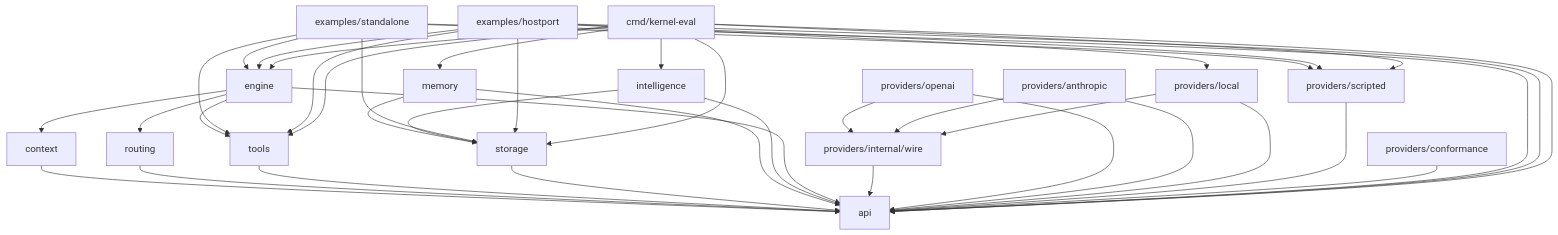
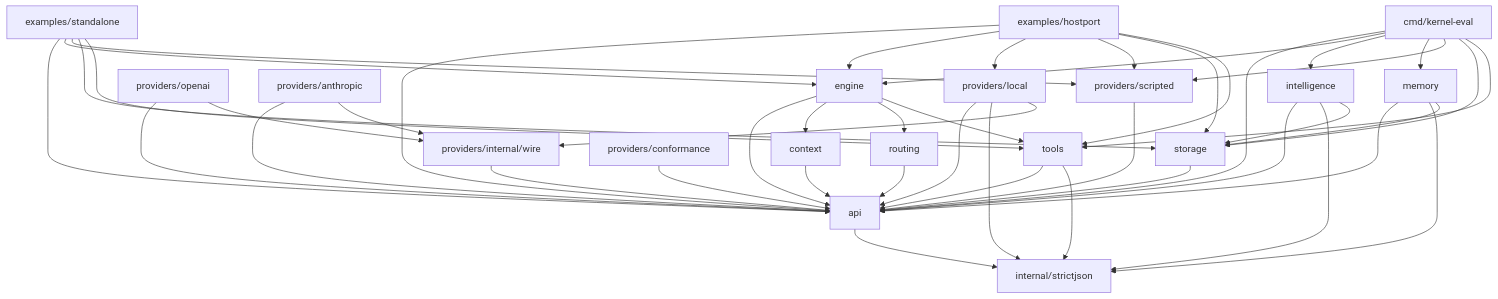
The second of 3 diagrams in agentkernel/docs/architecture.md (bogdaniel/zenchron-engineering), drawn with Mermaid before and after one commit. The commit also changed other lines of this file and 26 other files, not shown here.

````diff
--- a/agentkernel/docs/architecture.md
+++ b/agentkernel/docs/architecture.md
@@ -59,43 +59,48 @@
 ```mermaid
 flowchart TD
-  api["api"]
+  strictjson["internal/strictjson"]
+  api["api"] --> strictjson
   context["context"] --> api
   routing["routing"] --> api
   tools["tools"] --> api
+  tools --> strictjson
   storage["storage"] --> api
   memory["memory"] --> api
+  memory --> strictjson
   memory --> storage
   intelligence["intelligence"] --> api
+  intelligence --> strictjson
   intelligence --> storage
   engine["engine"] --> api
   engine --> context
   engine --> routing
   engine --> tools
   wire["providers/internal/wire"] --> api
   openai["providers/openai"] --> api
   openai --> wire
   anthropic["providers/anthropic"] --> api
   anthropic --> wire
   local["providers/local"] --> api
+  local --> strictjson
   local --> wire
   scripted["providers/scripted"] --> api
   conformance["providers/conformance"] --> api
   standalone["examples/standalone"] --> api
   standalone --> engine
   standalone --> scripted
   standalone --> storage
   standalone --> tools
   hostport["examples/hostport"] --> api
   hostport --> engine
   hostport --> local
   hostport --> scripted
   hostport --> storage
   hostport --> tools
   keval["cmd/kernel-eval"] --> api
   keval --> engine
   keval --> intelligence
   keval --> memory
   keval --> scripted
   keval --> storage
   keval --> tools
 ```
````
